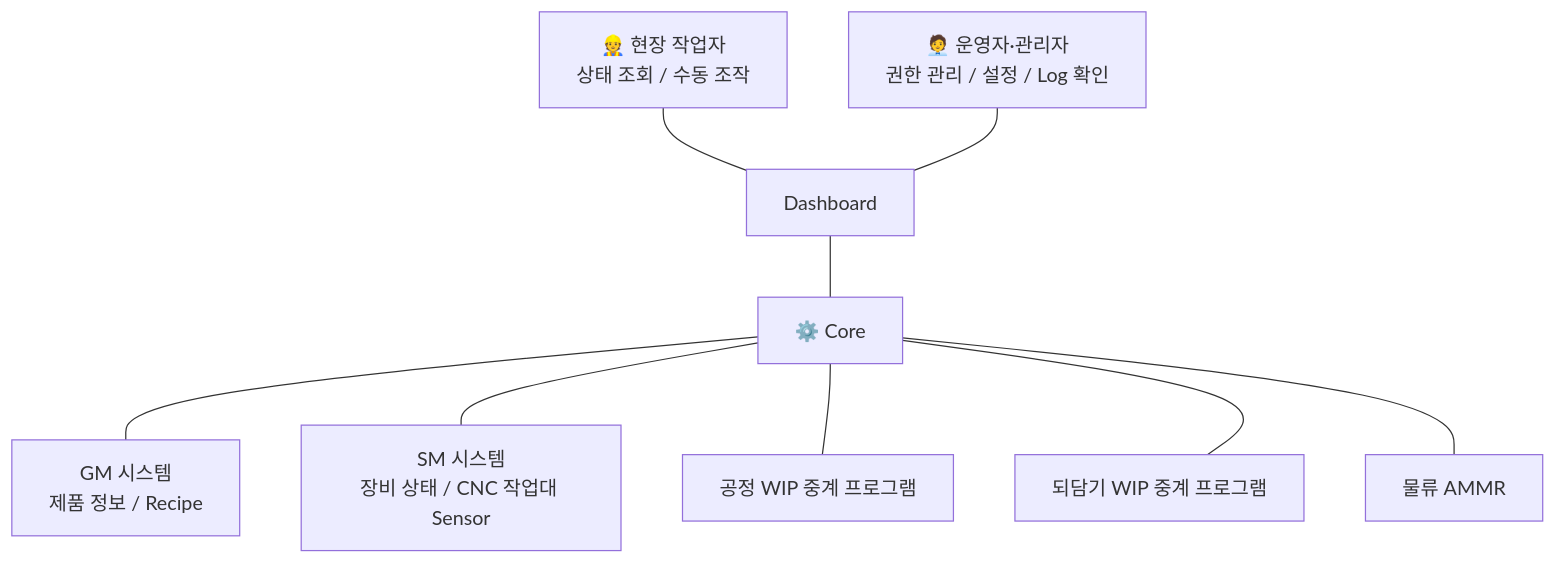
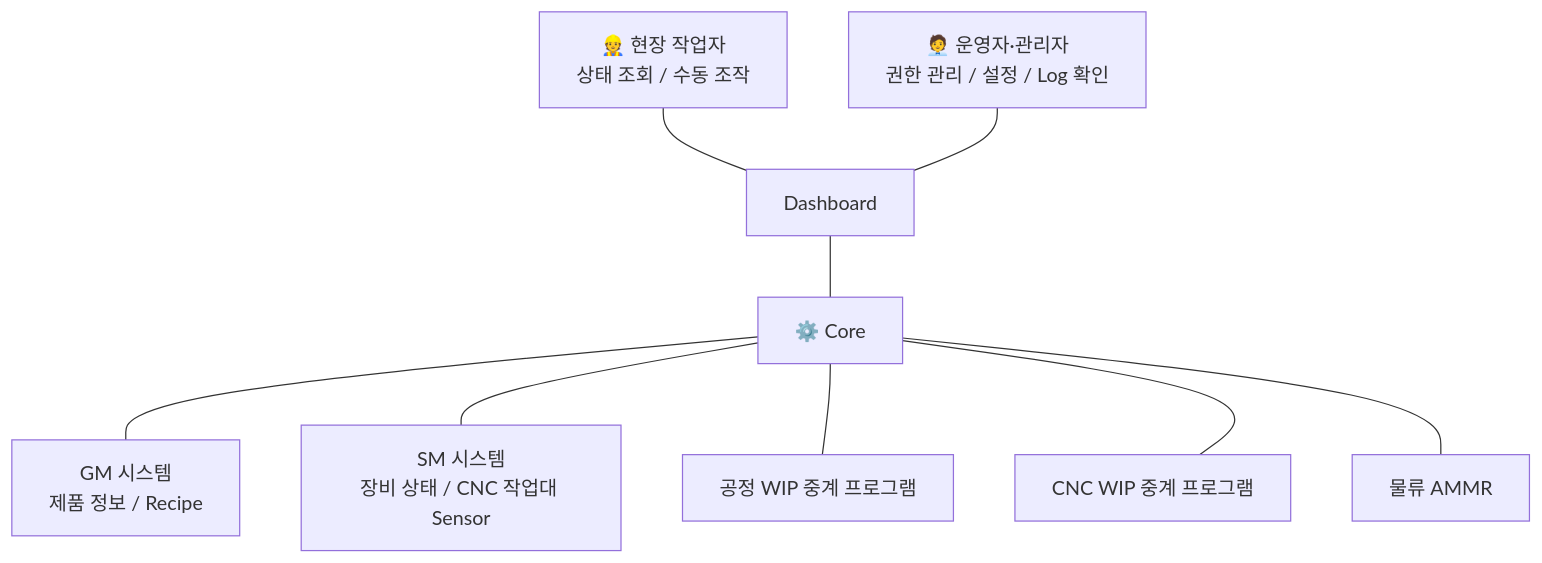
Before and after one commit to kimminsu0315/Core-Docs: the first of 3 diagrams in docs/Core_SAD.md, drawn with Mermaid. The commit also changed other lines of this file and 9 other files, not shown here.

````diff
--- a/docs/Core_SAD.md
+++ b/docs/Core_SAD.md
@@ -173,29 +173,29 @@
 ```mermaid
 flowchart TB
     Operator["👷 현장 작업자<br/>상태 조회 / 수동 조작"]
     Admin["🧑‍💼 운영자·관리자<br/>권한 관리 / 설정 / Log 확인"]
 
     Core["⚙️ Core"]
 
     GM["GM 시스템<br/>제품 정보 / Recipe"]
     SM["SM 시스템<br/>장비 상태 / CNC 작업대 Sensor"]
     WIPGen["공정 WIP 중계 프로그램"]
-    WIPRestack["되담기 WIP 중계 프로그램"]
+    WIPRestack["CNC WIP 중계 프로그램"]
     AMMR["물류 AMMR"]
     Dashboard["Dashboard"]
 
     Operator --- Dashboard
     Admin --- Dashboard
     Dashboard --- Core
 
     Core --- GM
     Core --- SM
     Core --- WIPGen
     WIPGen --- Core
     Core --- WIPRestack
     WIPRestack --- Core
     Core --- AMMR
 
     %% 레이아웃 고정용 (보이지 않는 링크) — 이 줄 없으면 WIP 박스 위치 깨짐
     linkStyle 5,7 stroke:transparent   
 ```
````
